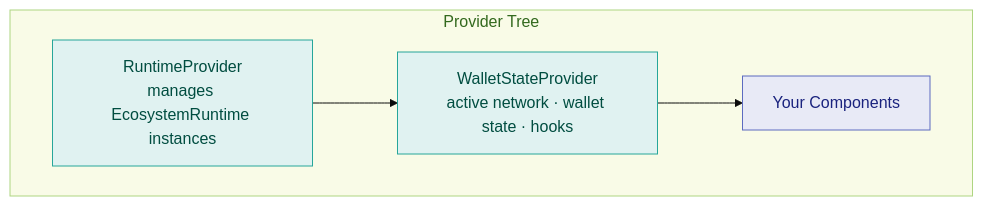
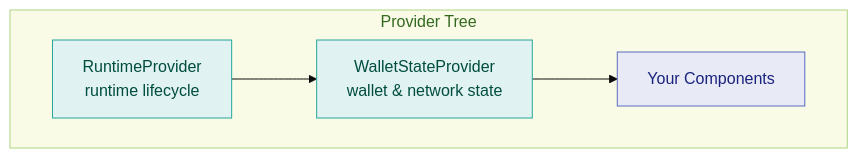
Before and after one commit to OpenZeppelin/docs: the first of 2 diagrams in content/tools/uikit/react-integration.mdx, drawn with Mermaid (base theme).

Commit message:
docs(uikit): shorten provider tree diagram labels to fix text cutoff

````diff
--- a/content/tools/uikit/react-integration.mdx
+++ b/content/tools/uikit/react-integration.mdx
@@ -11,17 +11,17 @@
 ```mermaid
 %%{init: {'flowchart': {'nodeSpacing': 40, 'rankSpacing': 60}} }%%
 flowchart LR
   subgraph PT["Provider Tree"]
     direction LR
-    RP["RuntimeProvider<br/>manages EcosystemRuntime instances"]
-    WSP["WalletStateProvider<br/>active network · wallet state · hooks"]
+    RP["RuntimeProvider<br/>runtime lifecycle"]
+    WSP["WalletStateProvider<br/>wallet & network state"]
     App["Your Components"]
   end
 
   RP --> WSP --> App
 
   style RP fill:#e0f2f1,stroke:#26a69a,color:#004d40
   style WSP fill:#e0f2f1,stroke:#26a69a,color:#004d40
   style App fill:#e8eaf6,stroke:#5c6bc0,color:#1a237e
   style PT fill:#f9fbe7,stroke:#aed581,color:#33691e
 ```
````
